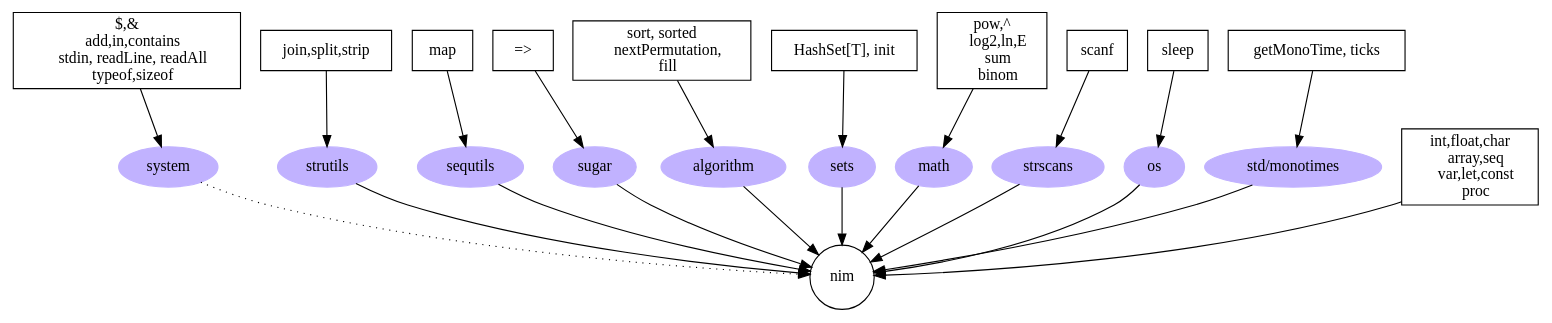
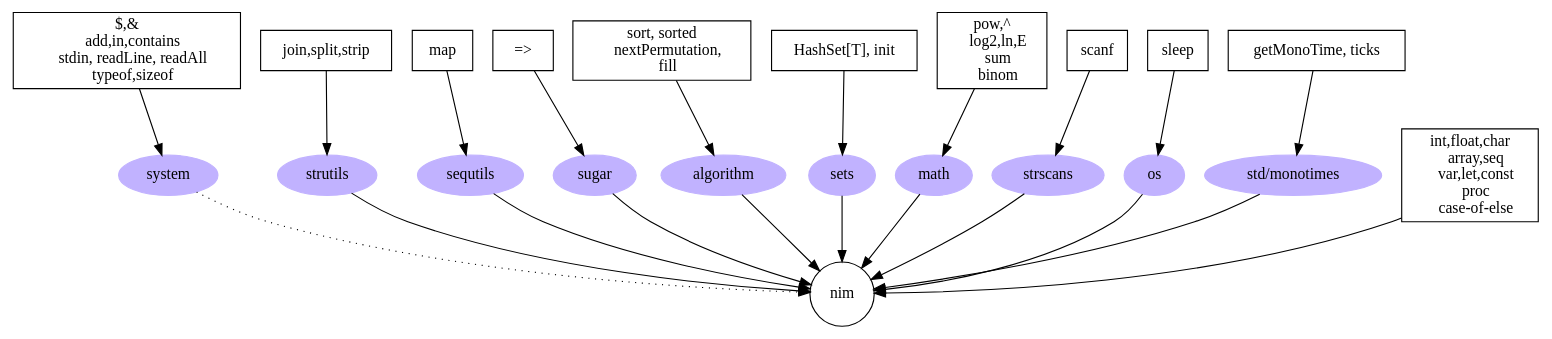
Before and after one commit to czylabsonasa/learnnim: the diagram in graphViz/rajz.gv, drawn with Graphviz. The commit also changed 5 other files, not shown here.

```diff
--- a/graphViz/rajz.gv
+++ b/graphViz/rajz.gv
@@ -1,94 +1,95 @@
 digraph G {
   nim 
     [shape = circle, URL = "https://nim-lang.org"] ;
   
   system, strutils, 
   sequtils, sugar, 
   algorithm, sets, 
   math, strscans, os, mon
     [style = filled, color = "0.7 0.3 1.0"] ;
   
   mon [label="std/monotimes"]
 
 
   n0 [ label = 
     "int,float,char
     array,seq
     var,let,const
-    proc", 
+    proc
+    case-of-else", 
   shape = box ]
   n0 -> nim ;
   
 /* ************ */
   system -> nim [style = dotted] ;
   sys0 [ label = 
     "$,&
     add,in,contains
     stdin, readLine, readAll
     typeof,sizeof", 
   shape = box] ;
   sys0 -> system ;
 
 /* ************ */
   strutils -> nim;
   str0[ label = 
     "join,split,strip", 
   shape = box] ;
   str0 -> strutils ;
 
 /* ************ */
   sequtils -> nim;
   seq0[ label = 
     "map", 
   shape = box] ; 
   seq0 -> sequtils;
 /* ************ */
   sugar -> nim;
   sug0[ label = 
     "=>", 
   shape = box ] ; 
   sug0 -> sugar;
 /* ************ */
   algorithm -> nim;
   alg0[label = 
     "sort, sorted
     nextPermutation,
     fill", 
   shape = box ]
   alg0 -> algorithm    
 /* ************ */
   sets -> nim;
   set0[ label = 
     "HashSet[T], init", 
   shape = box ] ; 
   set0 -> sets;
 
 /* ************ */
   math -> nim;
   mat0[ label = 
     "pow,^
     log2,ln,E
     sum
     binom", 
   shape = box ] ; 
   mat0 -> math ;
 
   strscans -> nim;
   scan0[ label = 
     "scanf", 
   shape = box ]
   scan0 -> strscans ;
 
   os -> nim;
   os0[ label = 
     "sleep", 
   shape = box ]
   os0 -> os ;
 
   mon -> nim;
   mon0[ label = 
     "getMonoTime, ticks", 
   shape = box ]
   mon0 -> mon ;
 
 }
```
